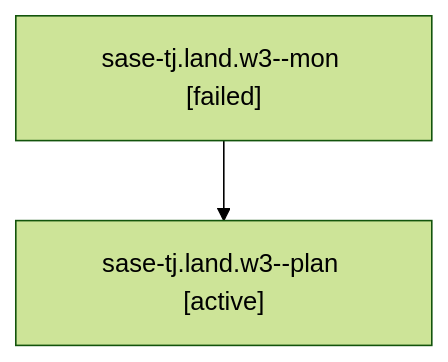
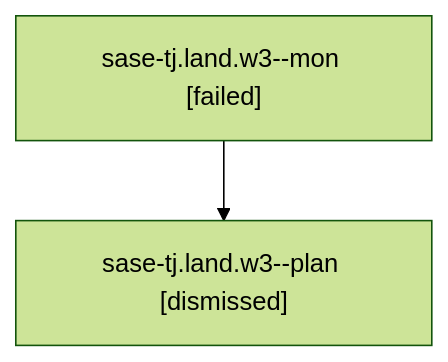
Before and after one commit to sase-org/sase--agents: the diagram in sessions/bbugyi200.athena.sase-tj.land.w3.md, drawn with Mermaid (forest theme). The commit also changed other lines of this file and 148 other files, not shown here.

````diff
--- a/sessions/bbugyi200.athena.sase-tj.land.w3.md
+++ b/sessions/bbugyi200.athena.sase-tj.land.w3.md
@@ -9,6 +9,6 @@
 ```mermaid
 flowchart TD
   n0["sase-tj.land.w3--mon [failed]"]
-  n1["sase-tj.land.w3--plan [active]"]
+  n1["sase-tj.land.w3--plan [dismissed]"]
   n0 --> n1
 ```
````
